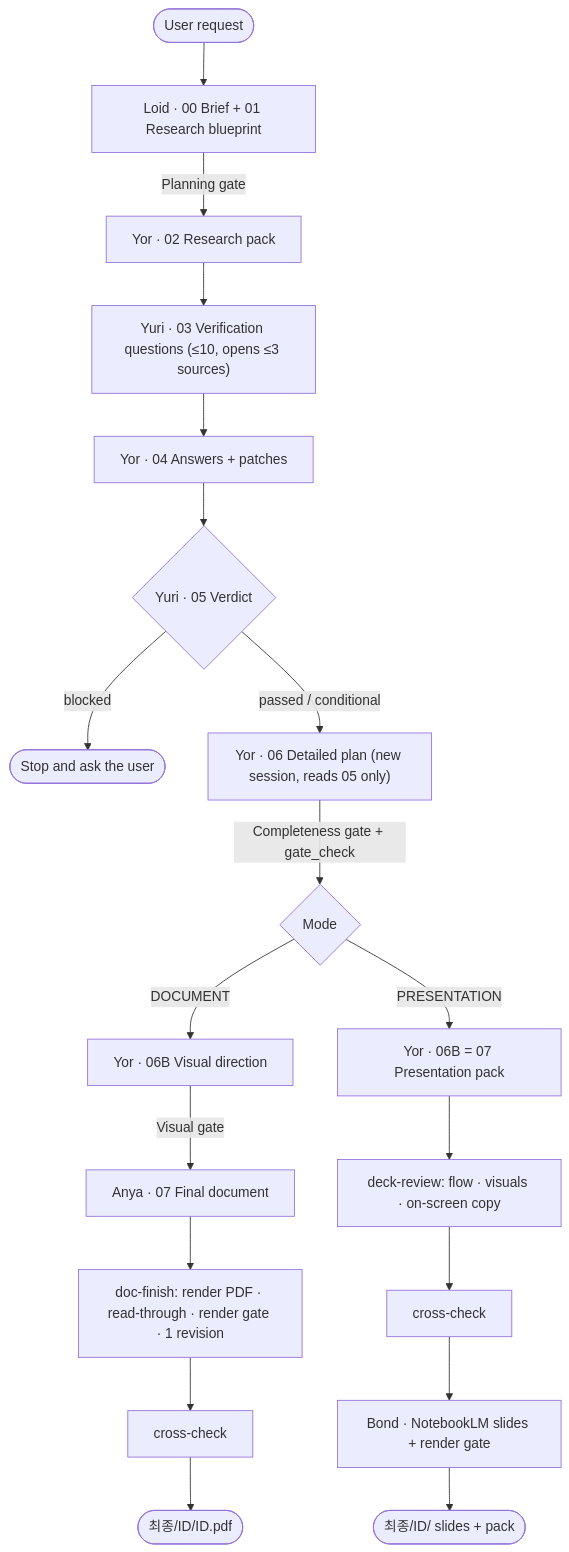
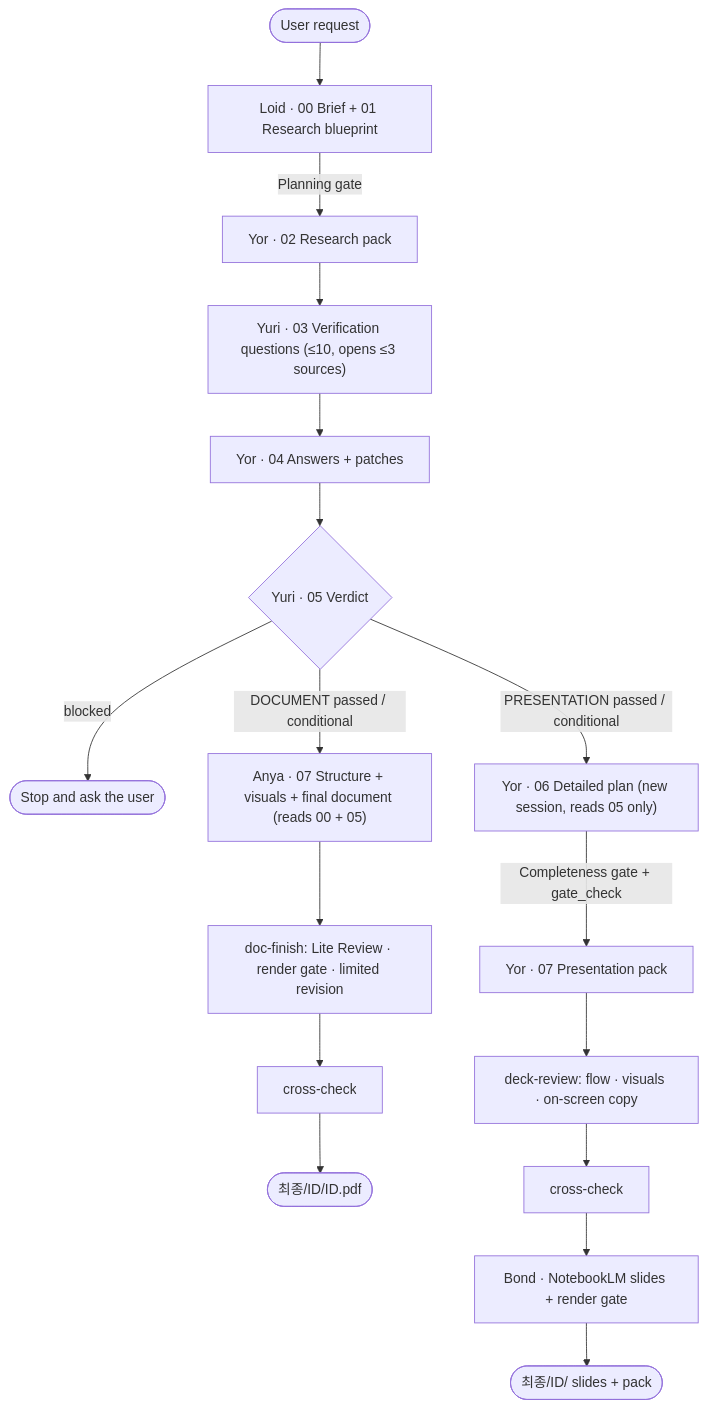
Before and after one commit to jeon9hy/DocuMaster: the diagram in README.md, drawn with Mermaid. The commit also changed other lines of this file and 15 other files, not shown here.

````diff
--- a/README.md
+++ b/README.md
@@ -38,20 +38,17 @@
 ```mermaid
 flowchart TD
     U([User request]) --> P["Loid · 00 Brief + 01 Research blueprint"]
     P -->|Planning gate| R["Yor · 02 Research pack"]
     R --> Q["Yuri · 03 Verification questions (≤10, opens ≤3 sources)"]
     Q --> A["Yor · 04 Answers + patches"]
     A --> V{"Yuri · 05 Verdict"}
     V -->|blocked| STOP([Stop and ask the user])
-    V -->|passed / conditional| D["Yor · 06 Detailed plan (new session, reads 05 only)"]
-    D -->|Completeness gate + gate_check| M{Mode}
-
-    M -->|DOCUMENT| VD["Yor · 06B Visual direction"]
-    VD -->|Visual gate| W["Anya · 07 Final document"]
-    W --> F["doc-finish: render PDF · read-through · render gate · 1 revision"]
+    V -->|DOCUMENT passed / conditional| W["Anya · 07 Structure + visuals + final document (reads 00 + 05)"]
+    W --> F["doc-finish: Lite Review · render gate · limited revision"]
     F --> X1["cross-check"] --> OUT1([최종/ID/ID.pdf])
 
-    M -->|PRESENTATION| PK["Yor · 06B = 07 Presentation pack"]
+    V -->|PRESENTATION passed / conditional| D["Yor · 06 Detailed plan (new session, reads 05 only)"]
+    D -->|Completeness gate + gate_check| PK["Yor · 07 Presentation pack"]
     PK --> DR["deck-review: flow · visuals · on-screen copy"]
     DR --> X2["cross-check"] --> NB["Bond · NotebookLM slides + render gate"] --> OUT2([최종/ID/ slides + pack])
 ```
````
